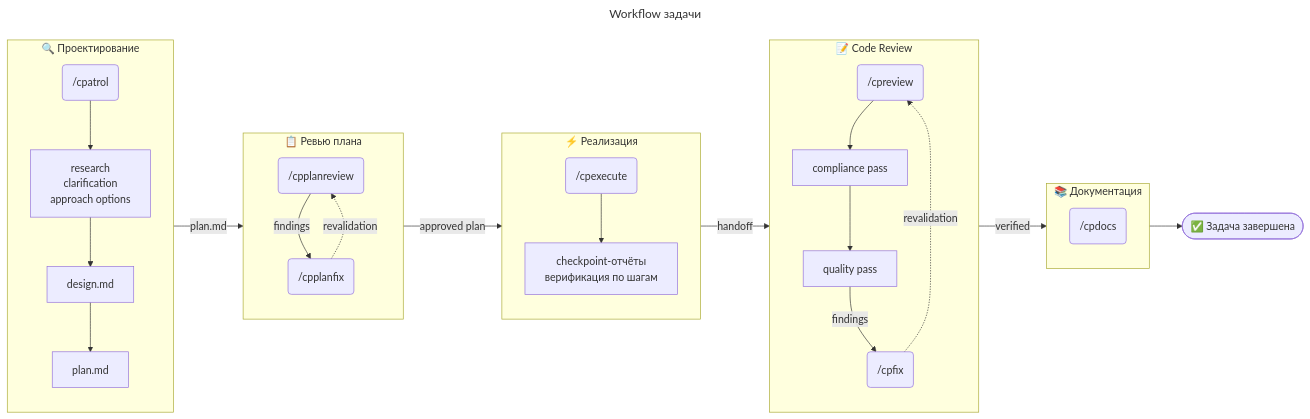
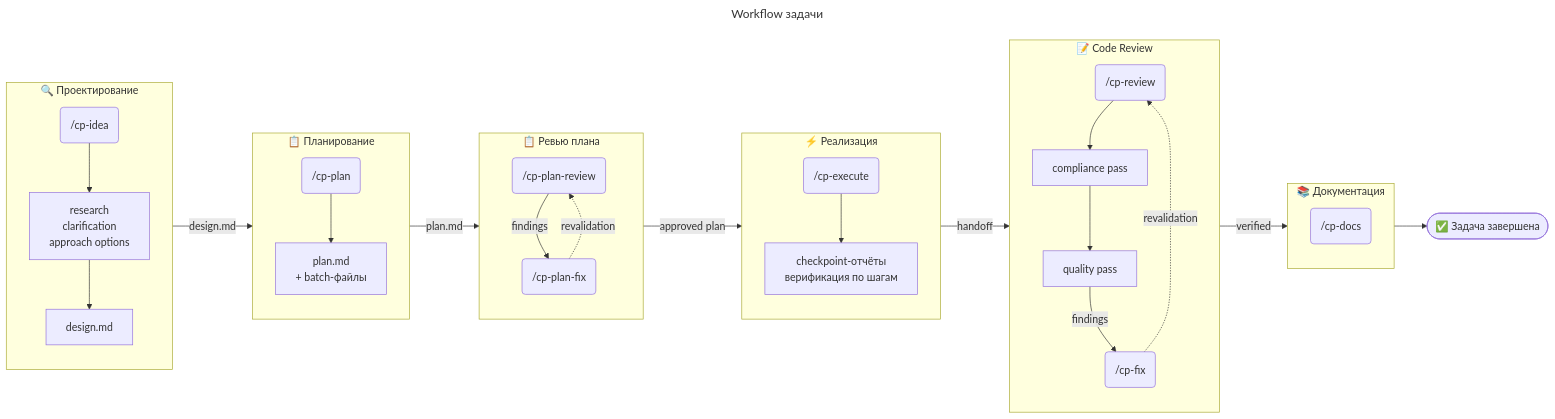
One commit to unger1984/codepatrol changed the first of 3 diagrams in README.ru.md. Above: the diagram before and after it, drawn with Mermaid. The commit also changed other lines of this file and 75 other files, not shown here.

````diff
--- a/README.ru.md
+++ b/README.ru.md
@@ -74,50 +75,57 @@
 ```mermaid
 ---
 title: Workflow задачи
 ---
 flowchart LR
     subgraph design ["🔍 Проектирование"]
         direction TB
-        cpatrol("/cpatrol")
+        cpidea("/cp-idea")
         research["research\nclarification\napproach options"]
         des["design.md"]
-        plan["plan.md"]
-        cpatrol --> research --> des --> plan
+        cpidea --> research --> des
+    end
+
+    subgraph planning ["📋 Планирование"]
+        direction TB
+        cpplan("/cp-plan")
+        plan["plan.md\n+ batch-файлы"]
+        cpplan --> plan
     end
 
     subgraph plancheck ["📋 Ревью плана"]
         direction TB
-        planreview("/cpplanreview")
-        planfix("/cpplanfix")
+        planreview("/cp-plan-review")
+        planfix("/cp-plan-fix")
         planreview -- "findings" --> planfix
         planfix -. "revalidation" .-> planreview
     end
 
     subgraph impl ["⚡ Реализация"]
         direction TB
-        execute("/cpexecute")
+        execute("/cp-execute")
         checkpoints["checkpoint-отчёты\nверификация по шагам"]
         execute --> checkpoints
     end
 
     subgraph review ["📝 Code Review"]
         direction TB
-        cpreview("/cpreview")
+        cpreviewn("/cp-review")
         compliance["compliance pass"]
         quality["quality pass"]
-        cpfix("/cpfix")
-        cpreview --> compliance --> quality
-        quality -- "findings" --> cpfix
-        cpfix -. "revalidation" .-> cpreview
+        cpfixn("/cp-fix")
+        cpreviewn --> compliance --> quality
+        quality -- "findings" --> cpfixn
+        cpfixn -. "revalidation" .-> cpreviewn
     end
 
     subgraph docs ["📚 Документация"]
-        cpdocs("/cpdocs")
+        cpdocs("/cp-docs")
     end
 
-    design -- "plan.md" --> plancheck
+    design -- "design.md" --> planning
+    planning -- "plan.md" --> plancheck
     plancheck -- "approved plan" --> impl
     impl -- "handoff" --> review
     review -- "verified" --> docs
     docs --> done([✅ Задача завершена])
 ```
````
